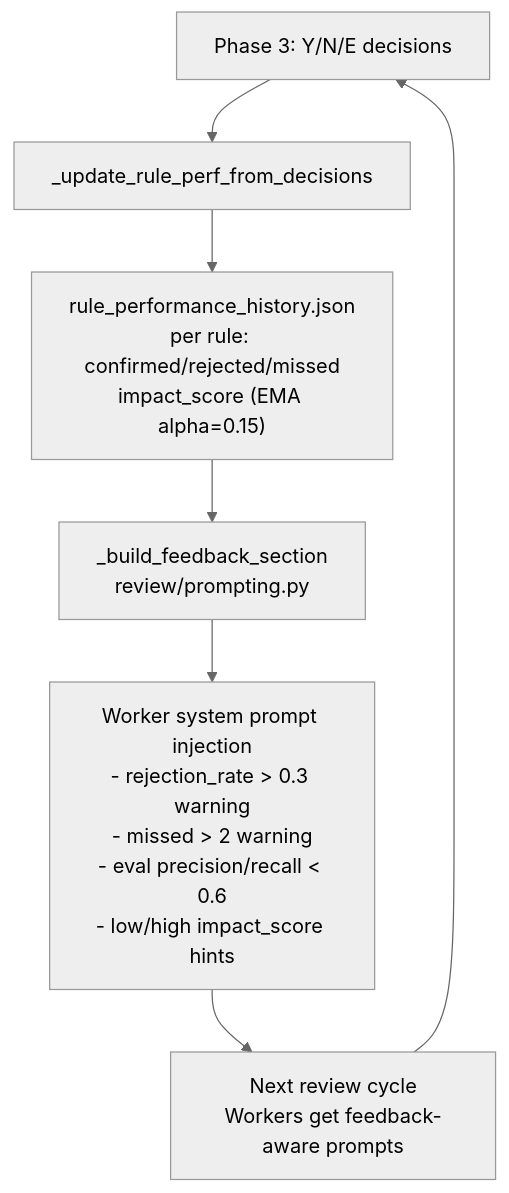
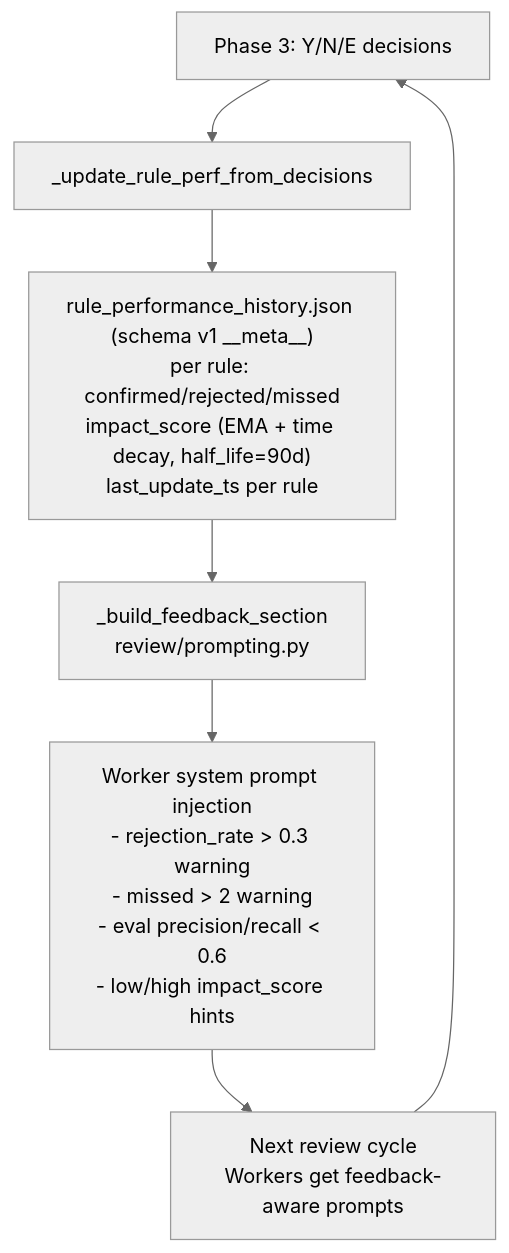
The third of 3 diagrams in ARCHITECTURE.md (albedolyu/pecker-prd-review-agent), drawn with Mermaid (neutral theme) before and after one commit. The commit also changed other lines of this file and 3 other files, not shown here.

First line of the commit message:
docs: 追平 2026-04-23 三波代码改动 (CHANGELOG + ARCHITECTURE + README + ACTION_PLAN)

````diff
--- a/ARCHITECTURE.md
+++ b/ARCHITECTURE.md
@@ -67,9 +67,9 @@
 ```mermaid
 flowchart TD
     A["Phase 3: Y/N/E decisions"] --> B["_update_rule_perf_from_decisions"]
-    B --> C["rule_performance_history.json<br/>per rule: confirmed/rejected/missed<br/>impact_score (EMA alpha=0.15)"]
+    B --> C["rule_performance_history.json (schema v1 __meta__)<br/>per rule: confirmed/rejected/missed<br/>impact_score (EMA + time decay, half_life=90d)<br/>last_update_ts per rule"]
     C --> D["_build_feedback_section<br/>review/prompting.py"]
     D --> E["Worker system prompt injection<br/>- rejection_rate > 0.3 warning<br/>- missed > 2 warning<br/>- eval precision/recall < 0.6<br/>- low/high impact_score hints"]
     E --> F["Next review cycle<br/>Workers get feedback-aware prompts"]
     F --> A
 ```
````
